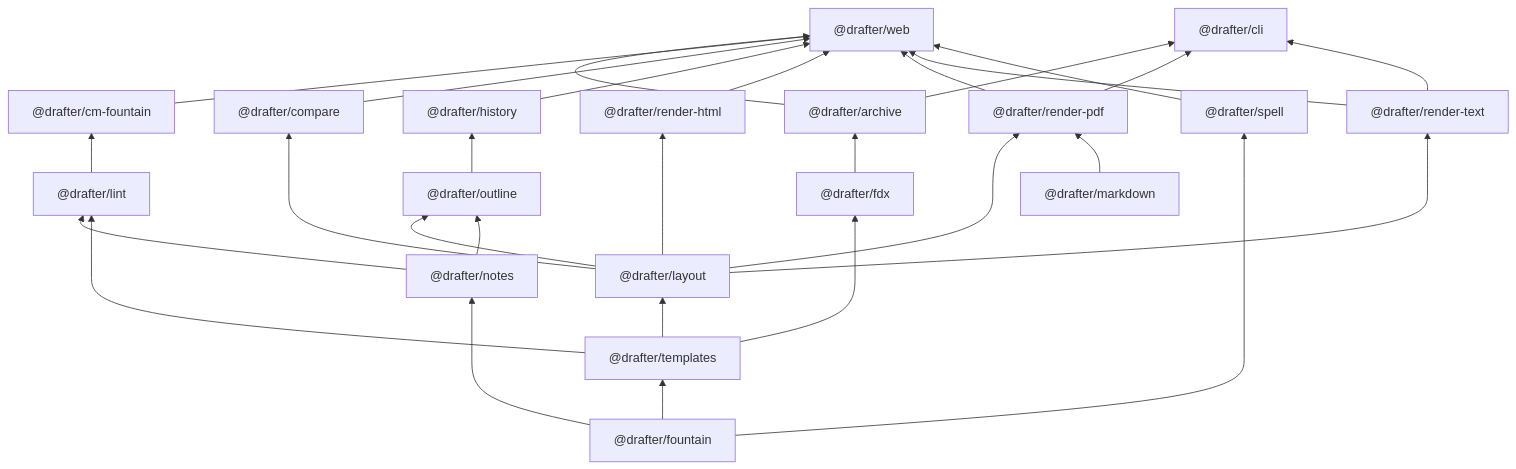
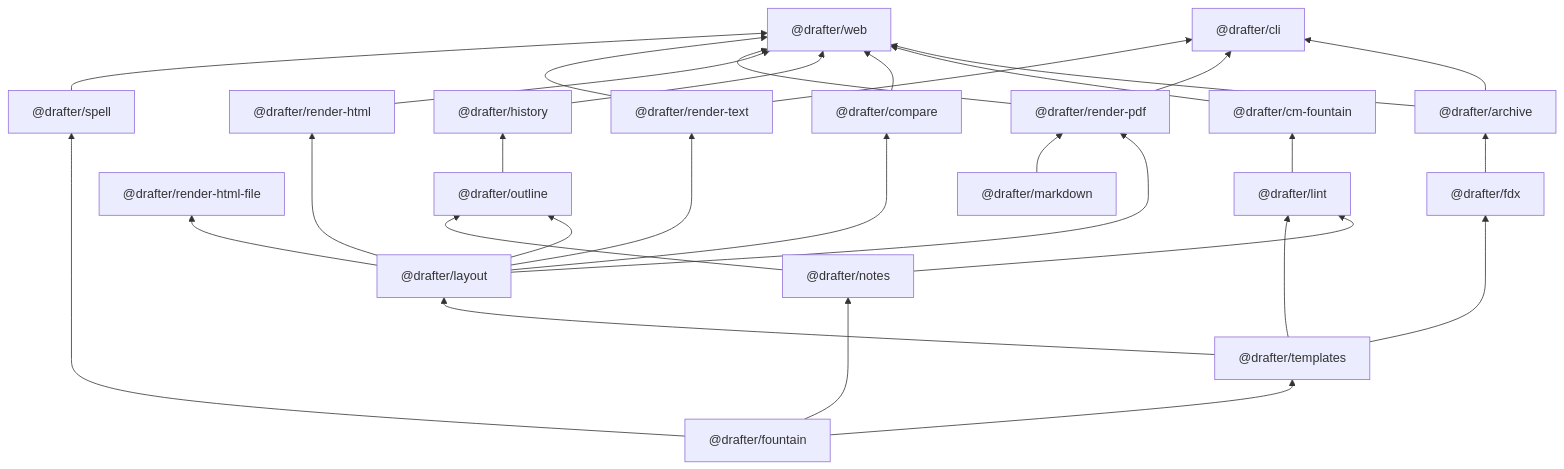
The first of 5 diagrams in docs/technical-details.md (cschweda/drafter), drawn with Mermaid before and after one commit. The commit also changed 13 other files, not shown here.

First line of the commit message:
feat(render-html-file): the exact pages, on the Script tab's grid, with Courier Prime inside

````diff
--- a/docs/technical-details.md
+++ b/docs/technical-details.md
@@ -36,49 +36,51 @@
 ```mermaid
 flowchart BT
   web["@drafter/web"]
   cli["@drafter/cli"]
   cm_fountain["@drafter/cm-fountain"]
   outline["@drafter/outline"]
   compare["@drafter/compare"]
   history["@drafter/history"]
   render_pdf["@drafter/render-pdf"]
   render_html["@drafter/render-html"]
+  render_html_file["@drafter/render-html-file"]
   render_text["@drafter/render-text"]
   layout["@drafter/layout"]
   lint["@drafter/lint"]
   fdx["@drafter/fdx"]
   archive["@drafter/archive"]
   templates["@drafter/templates"]
   notes["@drafter/notes"]
   spell["@drafter/spell"]
   markdown["@drafter/markdown"]
   fountain["@drafter/fountain"]
   archive --> web
   cm_fountain --> web
   compare --> web
   history --> web
   render_html --> web
   render_pdf --> web
   render_text --> web
   spell --> web
   archive --> cli
   render_pdf --> cli
   render_text --> cli
   lint --> cm_fountain
   layout --> outline
   notes --> outline
   layout --> compare
   outline --> history
   layout --> render_pdf
   markdown --> render_pdf
   layout --> render_html
+  layout --> render_html_file
   layout --> render_text
   templates --> layout
   notes --> lint
   templates --> lint
   templates --> fdx
   fdx --> archive
   fountain --> templates
   fountain --> notes
   fountain --> spell
 ```
````
